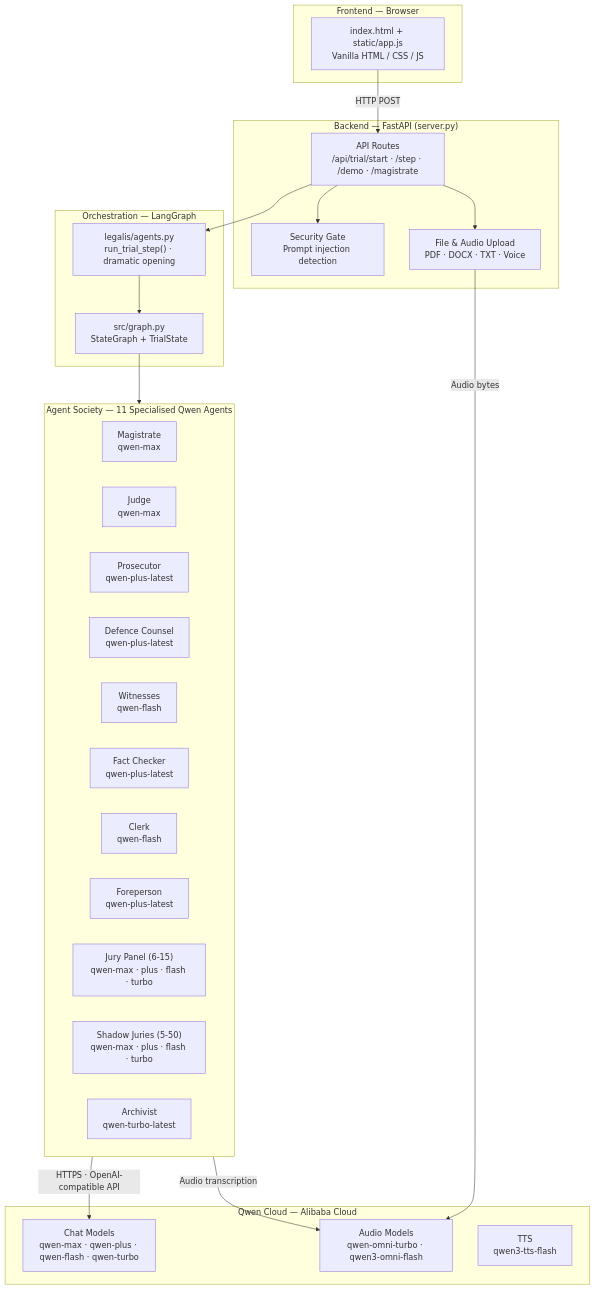
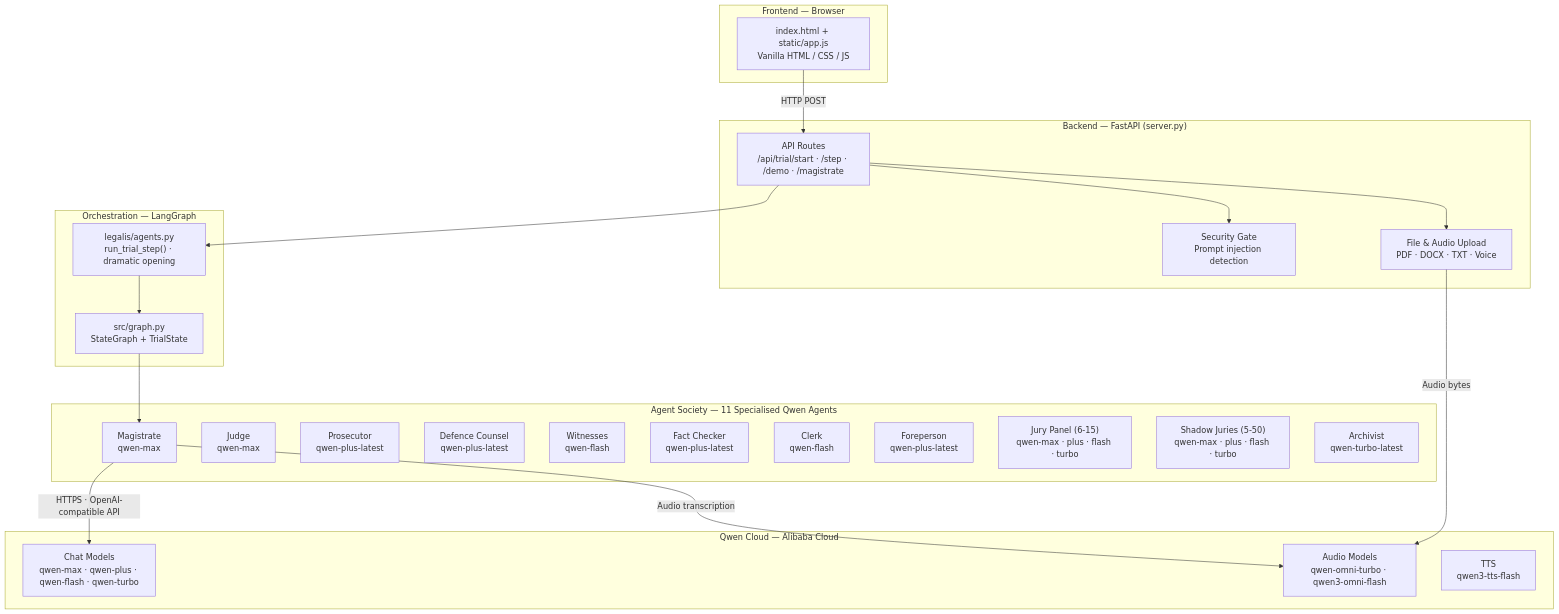
The diagram in docs/ARCHITECTURE.md (olatonrain/codex-legalist), drawn with Mermaid before and after one commit.

Commit message:
fix: make Mermaid diagram compatible with GitHub's renderer
- Use graph TD instead of flowchart TD
- Remove direction LR from subgraph (unsupported in older Mermaid versions)
- Route edges through nodes instead of subgraph IDs
  for wider Mermaid version compatibility

````diff
--- a/docs/ARCHITECTURE.md
+++ b/docs/ARCHITECTURE.md
@@ -5,48 +5,48 @@
 ```mermaid
-flowchart TD
+graph TD
+
     subgraph FRONTEND["Frontend — Browser"]
         UI["index.html + static/app.js<br/>Vanilla HTML / CSS / JS"]
     end
 
     subgraph BACKEND["Backend — FastAPI (server.py)"]
         API["API Routes<br/>/api/trial/start · /step · /demo · /magistrate"]
         SEC["Security Gate<br/>Prompt injection detection"]
         UPLOAD["File & Audio Upload<br/>PDF · DOCX · TXT · Voice"]
     end
 
     subgraph ORCHESTRATION["Orchestration — LangGraph"]
         GRAPH["src/graph.py<br/>StateGraph + TrialState"]
         RUNNER["legalis/agents.py<br/>run_trial_step() · dramatic opening"]
     end
 
     subgraph AGENTS["Agent Society — 11 Specialised Qwen Agents"]
-        direction LR
         MAG["Magistrate<br/>qwen-max"]
         JUD["Judge<br/>qwen-max"]
         PROS["Prosecutor<br/>qwen-plus-latest"]
         DEF["Defence Counsel<br/>qwen-plus-latest"]
         WIT["Witnesses<br/>qwen-flash"]
         FC["Fact Checker<br/>qwen-plus-latest"]
         CLK["Clerk<br/>qwen-flash"]
         FP["Foreperson<br/>qwen-plus-latest"]
         JURY["Jury Panel (6-15)<br/>qwen-max · plus · flash · turbo"]
         SHADOW["Shadow Juries (5-50)<br/>qwen-max · plus · flash · turbo"]
         ARCH["Archivist<br/>qwen-turbo-latest"]
     end
 
     subgraph QWEN["Qwen Cloud — Alibaba Cloud"]
         CHAT["Chat Models<br/>qwen-max · qwen-plus · qwen-flash · qwen-turbo"]
         AUDIO["Audio Models<br/>qwen-omni-turbo · qwen3-omni-flash"]
         TTS["TTS<br/>qwen3-tts-flash"]
     end
 
     UI -->|"HTTP POST"| API
     API --> SEC
     API --> UPLOAD
     API --> RUNNER
     RUNNER --> GRAPH
-    GRAPH --> AGENTS
+    GRAPH --> MAG
     UPLOAD -->|"Audio bytes"| AUDIO
-    AGENTS -->|"HTTPS · OpenAI-compatible API"| CHAT
-    AGENTS -->|"Audio transcription"| AUDIO
+    MAG -->|"HTTPS · OpenAI-compatible API"| CHAT
+    MAG -->|"Audio transcription"| AUDIO
 ```
````
